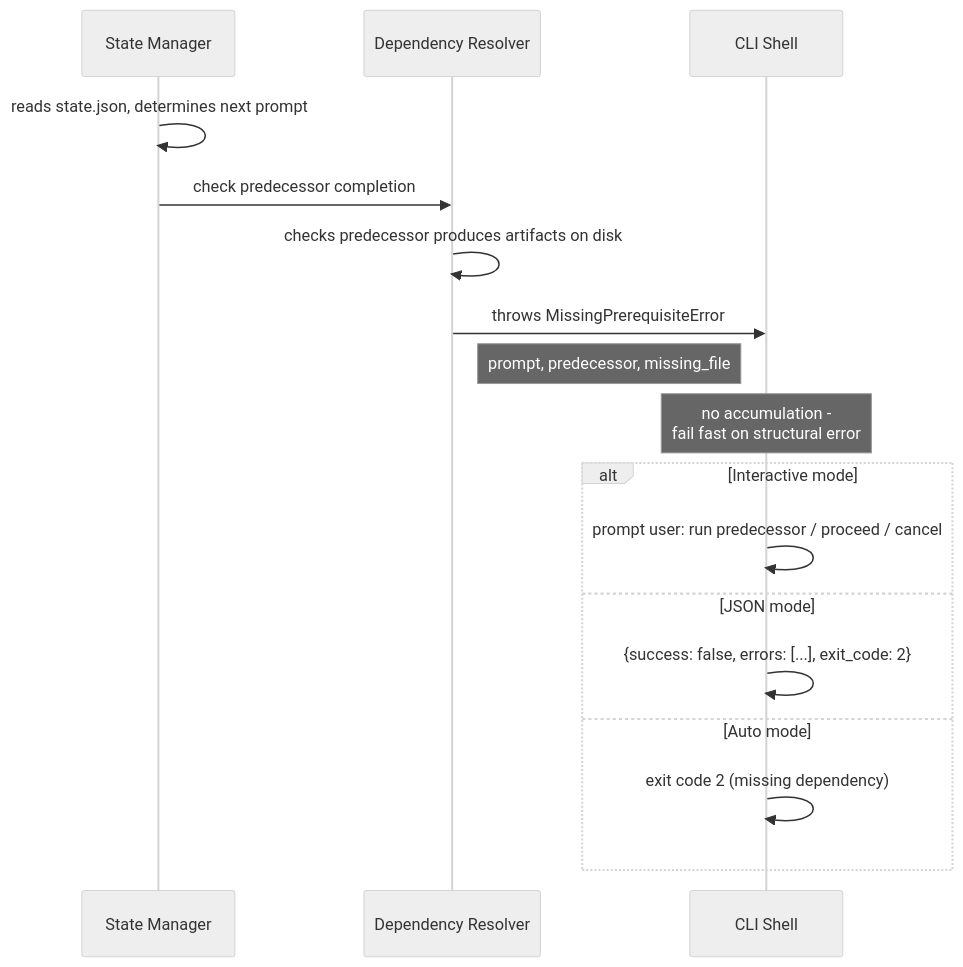
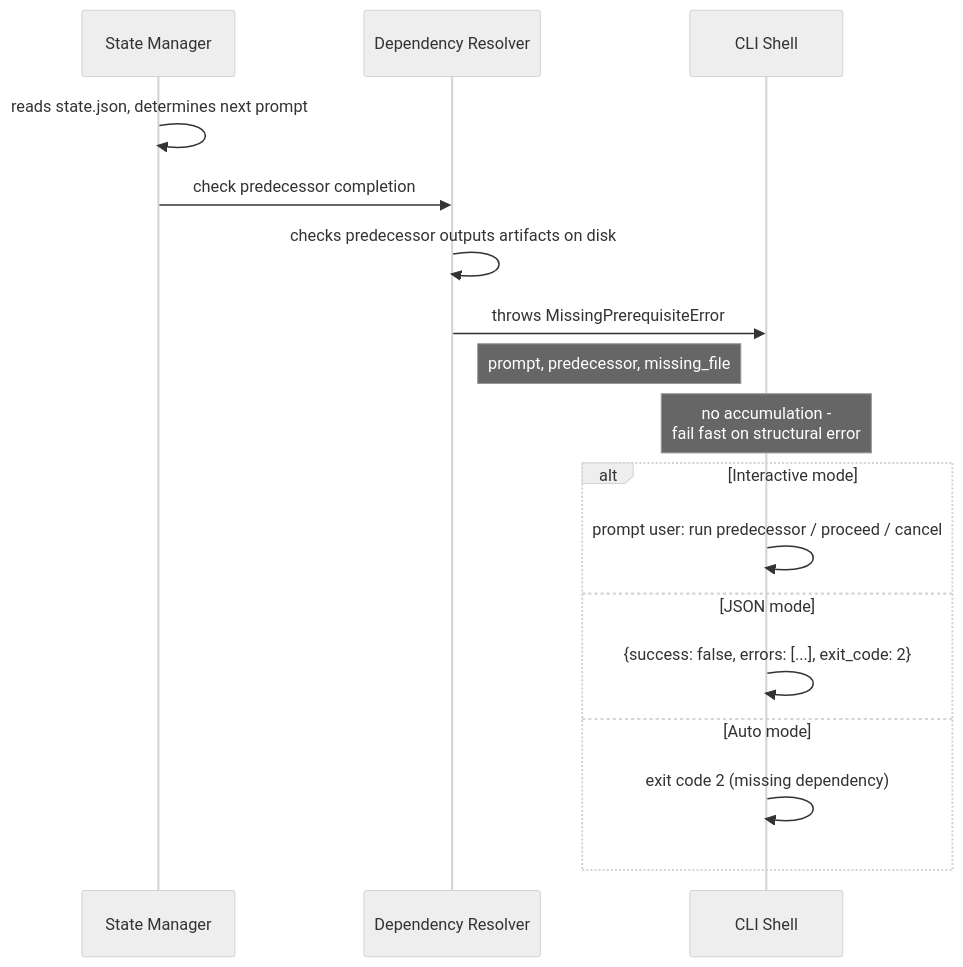
Before and after one commit to zigrivers/scaffold: the eighth of 10 diagrams in docs/v2/architecture/system-architecture.md, drawn with Mermaid (neutral theme). The commit also changed other lines of this file, not shown here.

First line of the commit message:
[BD-scaffold-v2] docs(v2): fix cross-phase consistency findings in system-architecture

````diff
--- a/docs/v2/architecture/system-architecture.md
+++ b/docs/v2/architecture/system-architecture.md
@@ -990,20 +951,20 @@
 ```mermaid
 sequenceDiagram
     participant SM as State Manager
     participant DR as Dependency Resolver
     participant CS as CLI Shell
 
     SM->>SM: reads state.json, determines next prompt
     SM->>DR: check predecessor completion
-    DR->>DR: checks predecessor produces artifacts on disk
+    DR->>DR: checks predecessor outputs artifacts on disk
     DR->>CS: throws MissingPrerequisiteError
     Note right of DR: prompt, predecessor, missing_file
     Note over CS: no accumulation -<br/>fail fast on structural error
     alt Interactive mode
         CS->>CS: prompt user: run predecessor / proceed / cancel
     else JSON mode
         CS->>CS: {success: false, errors: [...], exit_code: 2}
     else Auto mode
         CS->>CS: exit code 2 (missing dependency)
     end
 ```
````
